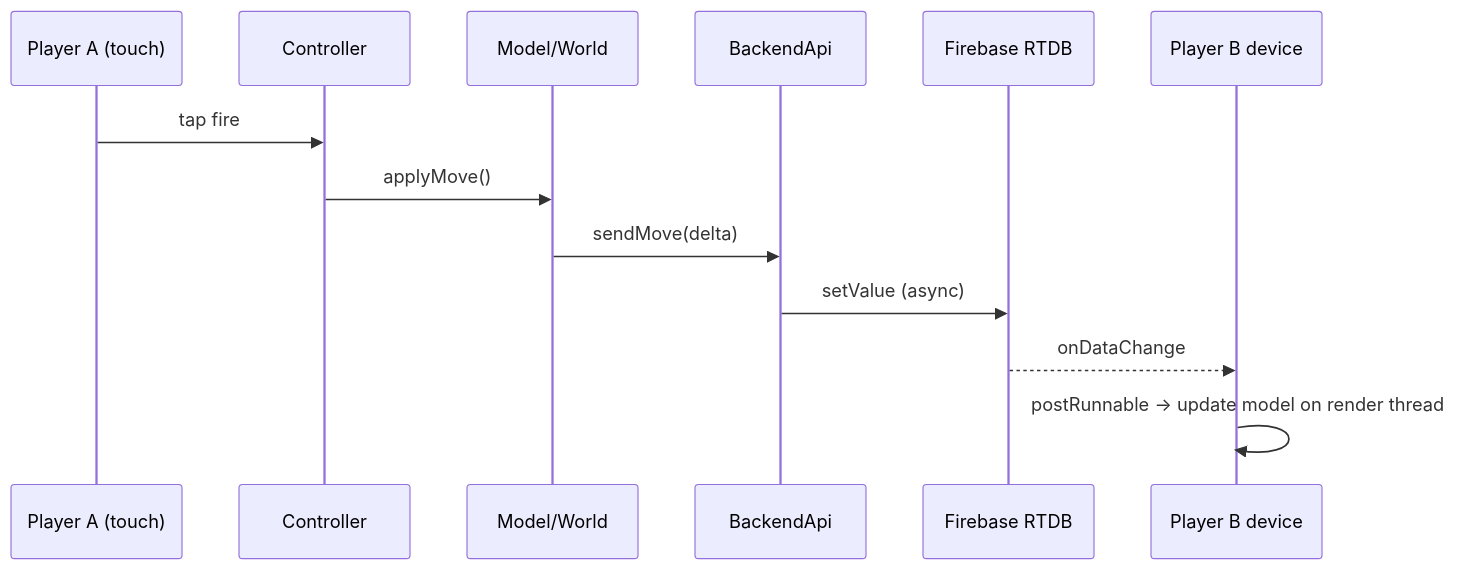
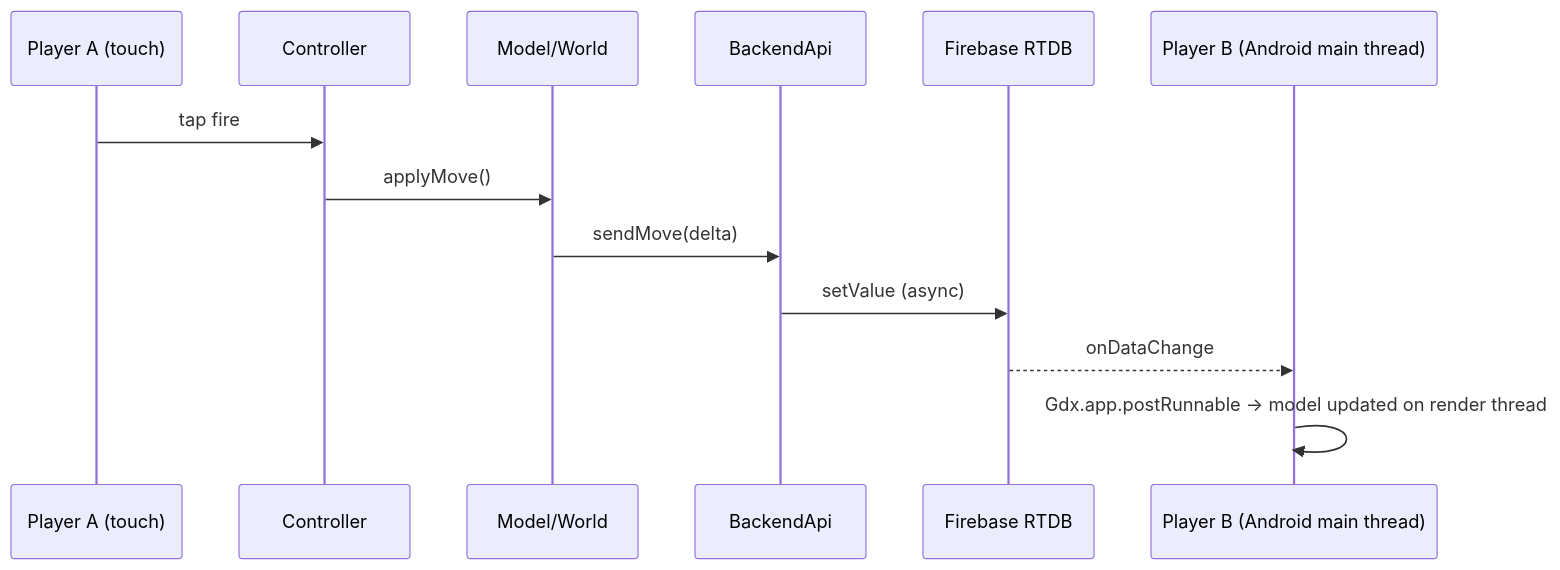
One commit to jQrgen/tdt4240-software-architecture-skill changed the second of 5 diagrams in tdt4240-software-architecture/templates/architecture-document.md. Above: the diagram before and after it, drawn with Mermaid. The commit also changed other lines of this file and 14 other files, not shown here.

````diff
--- a/tdt4240-software-architecture/templates/architecture-document.md
+++ b/tdt4240-software-architecture/templates/architecture-document.md
@@ -164,15 +175,15 @@
 ```mermaid
 sequenceDiagram
     participant P as Player A (touch)
     participant C as Controller
     participant M as Model/World
     participant B as BackendApi
     participant F as Firebase RTDB
-    participant O as Player B device
+    participant O as Player B (Android main thread)
     P->>C: tap fire
     C->>M: applyMove()
     M->>B: sendMove(delta)
     B->>F: setValue (async)
     F-->>O: onDataChange
-    O->>O: postRunnable -> update model on render thread
+    O->>O: Gdx.app.postRunnable -> model updated on render thread
 ```
````
